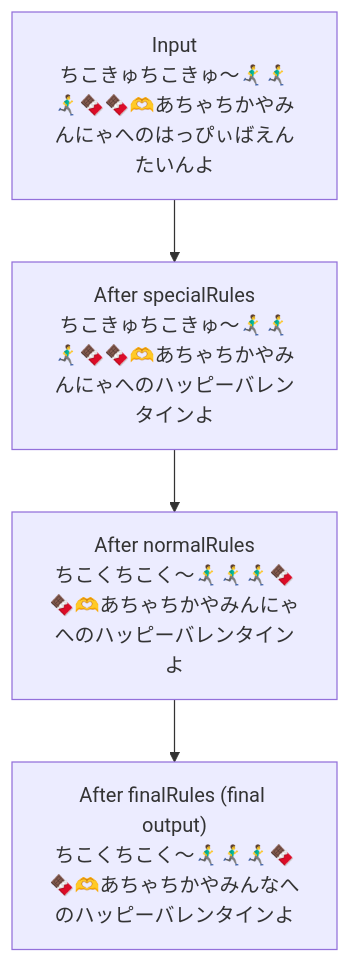
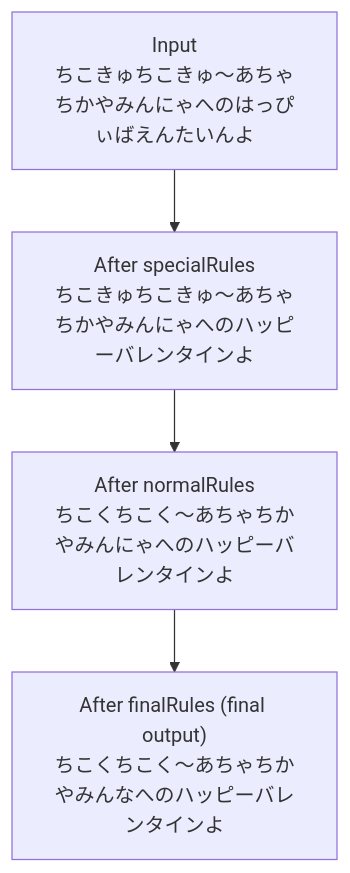
The diagram in README.md (kotaoue/gochikoi), drawn with Mermaid before and after one commit. The commit also changed other lines of this file, not shown here.

Commit message:
Update README examples and mermaid flow
Replace the sample invocation with a longer Japanese test string and update the mermaid flowchart nodes to match the new input and normalized outputs. Adjusted example outputs for consistency through specialRules, normalRules, and finalRules (e.g. はっぴぃばえんたいんよ → ハッピーバレンタインよ, みんにゃ → みんな, and intermediate ちこきゅちこきゅ → ちこくちこく).

````diff
--- a/README.md
+++ b/README.md
@@ -35,9 +36,9 @@
 ```mermaid
 flowchart TD
-  A["Input<br/>ちこきゅちこきゅ〜🏃‍♂️‍➡️🏃‍♂️‍➡️🏃‍♂️‍➡️🍫🍫🫶あちゃちかやみんにゃへのはっぴぃばえんたいんよ"]
-  B["After specialRules<br/>ちこきゅちこきゅ〜🏃‍♂️‍➡️🏃‍♂️‍➡️🏃‍♂️‍➡️🍫🍫🫶あちゃちかやみんにゃへのハッピーバレンタインよ"]
-  C["After normalRules<br/>ちこくちこく〜🏃‍♂️‍➡️🏃‍♂️‍➡️🏃‍♂️‍➡️🍫🍫🫶あちゃちかやみんにゃへのハッピーバレンタインよ"]
-  D["After finalRules (final output)<br/>ちこくちこく〜🏃‍♂️‍➡️🏃‍♂️‍➡️🏃‍♂️‍➡️🍫🍫🫶あちゃちかやみんなへのハッピーバレンタインよ"]
+  A["Input<br/>ちこきゅちこきゅ〜あちゃちかやみんにゃへのはっぴぃばえんたいんよ"]
+  B["After specialRules<br/>ちこきゅちこきゅ〜あちゃちかやみんにゃへのハッピーバレンタインよ"]
+  C["After normalRules<br/>ちこくちこく〜あちゃちかやみんにゃへのハッピーバレンタインよ"]
+  D["After finalRules (final output)<br/>ちこくちこく〜あちゃちかやみんなへのハッピーバレンタインよ"]
 
   A --> B --> C --> D
 ```
````
